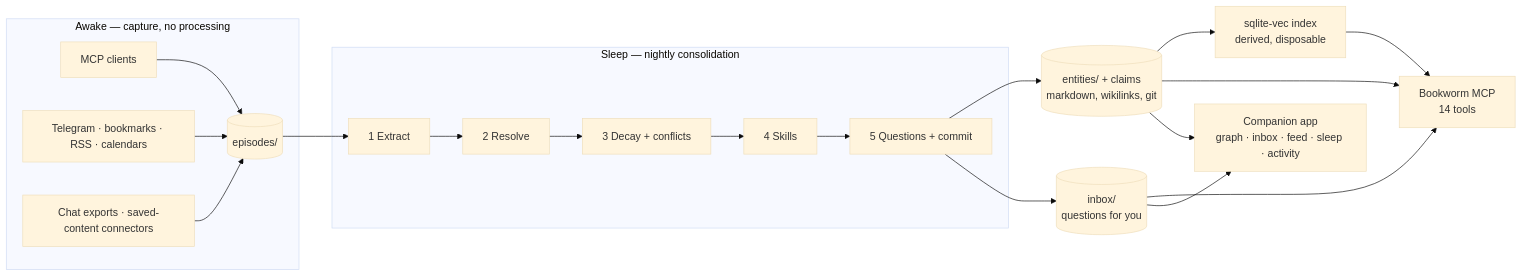
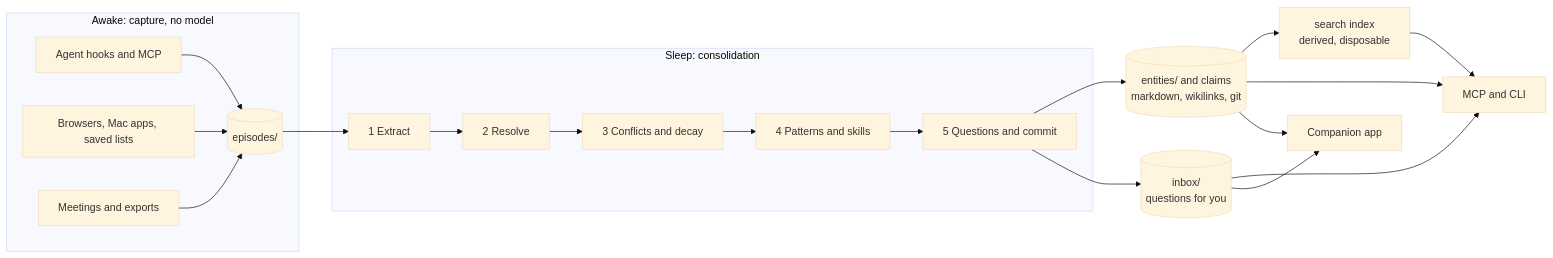
One commit to rorosaga/cicada changed the diagram in README.md. Above: the diagram before and after it, drawn with Mermaid (base theme). The commit also changed other lines of this file and 1 other file, not shown here.

````diff
--- a/README.md
+++ b/README.md
@@ -56,18 +155,18 @@
 ```mermaid
 flowchart LR
-  subgraph Awake["Awake — capture, no processing"]
-    A1[MCP clients]
-    A2[Telegram · bookmarks · RSS · calendars]
-    A3[Chat exports · saved-content connectors]
+  subgraph Awake["Awake: capture, no model"]
+    A1[Agent hooks and MCP]
+    A2[Browsers, Mac apps, saved lists]
+    A3[Meetings and exports]
     A1 & A2 & A3 --> E[(episodes/)]
   end
-  subgraph Sleep["Sleep — nightly consolidation"]
-    S1[1 Extract] --> S2[2 Resolve] --> S3[3 Decay + conflicts] --> S4[4 Skills] --> S5[5 Questions + commit]
+  subgraph Sleep["Sleep: consolidation"]
+    S1[1 Extract] --> S2[2 Resolve] --> S3[3 Conflicts and decay] --> S4[4 Patterns and skills] --> S5[5 Questions and commit]
   end
   E --> S1
-  S5 --> G[(entities/ + claims\nmarkdown, wikilinks, git)]
-  S5 --> I[(inbox/\nquestions for you)]
-  G --> V[sqlite-vec index\nderived, disposable]
-  G & I & V --> M[Bookworm MCP\n14 tools]
-  G & I --> App[Companion app\ngraph · inbox · feed · sleep · activity]
+  S5 --> G[(entities/ and claims<br/>markdown, wikilinks, git)]
+  S5 --> I[(inbox/<br/>questions for you)]
+  G --> V[search index<br/>derived, disposable]
+  G & I & V --> M[MCP and CLI]
+  G & I --> App[Companion app]
 ```
````
